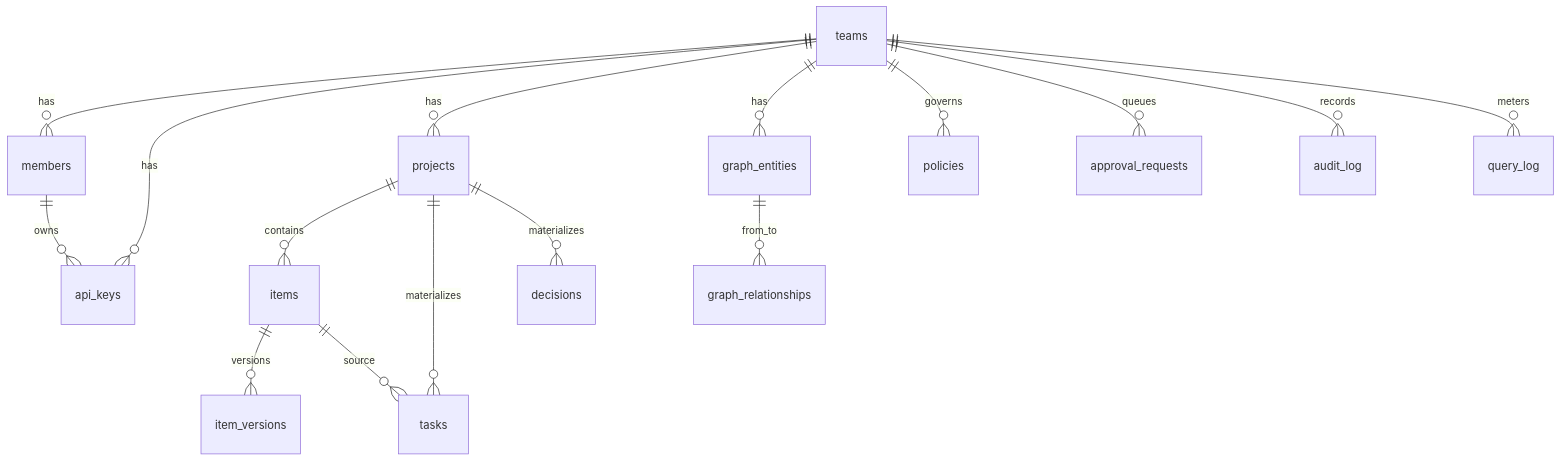
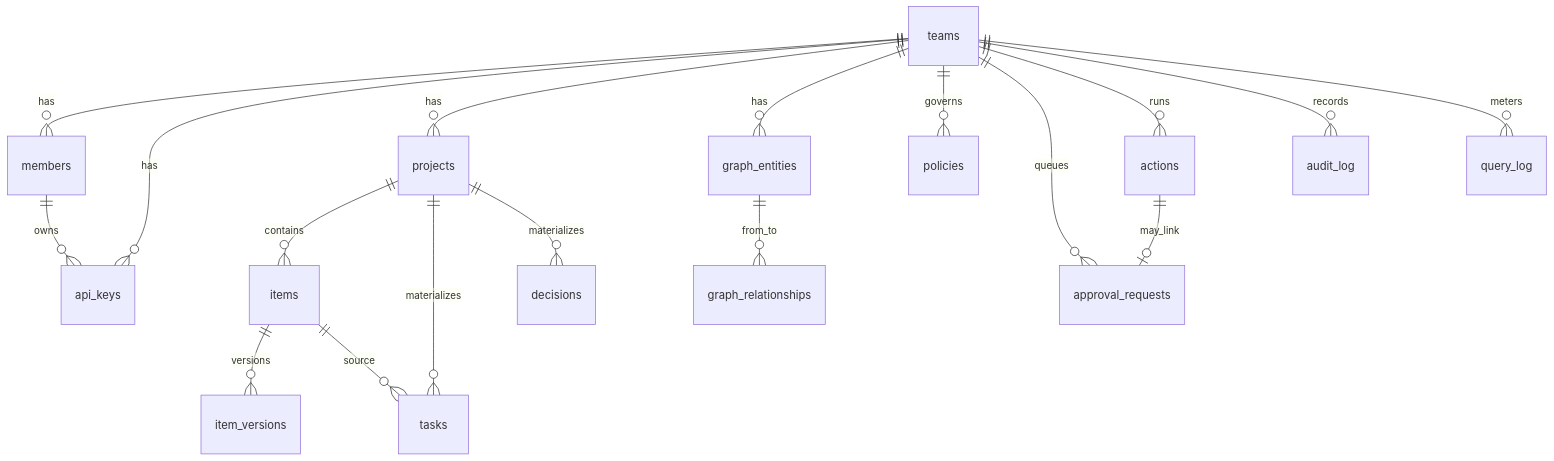
Before and after one commit to aiosbrain/aios-team-brain: the sixth of 6 diagrams in docs/ARCHITECTURE.md, drawn with Mermaid. The commit also changed other lines of this file and 8 other files, not shown here.

````diff
--- a/docs/ARCHITECTURE.md
+++ b/docs/ARCHITECTURE.md
@@ -137,18 +141,20 @@
 ```mermaid
 erDiagram
   teams ||--o{ members : has
   teams ||--o{ api_keys : has
   members ||--o{ api_keys : owns
   teams ||--o{ projects : has
   projects ||--o{ items : contains
   items ||--o{ item_versions : versions
   projects ||--o{ tasks : materializes
   projects ||--o{ decisions : materializes
   items ||--o{ tasks : source
   teams ||--o{ graph_entities : has
   graph_entities ||--o{ graph_relationships : from_to
   teams ||--o{ policies : governs
   teams ||--o{ approval_requests : queues
+  teams ||--o{ actions : runs
+  actions ||--o| approval_requests : may_link
   teams ||--o{ audit_log : records
   teams ||--o{ query_log : meters
 ```
````
